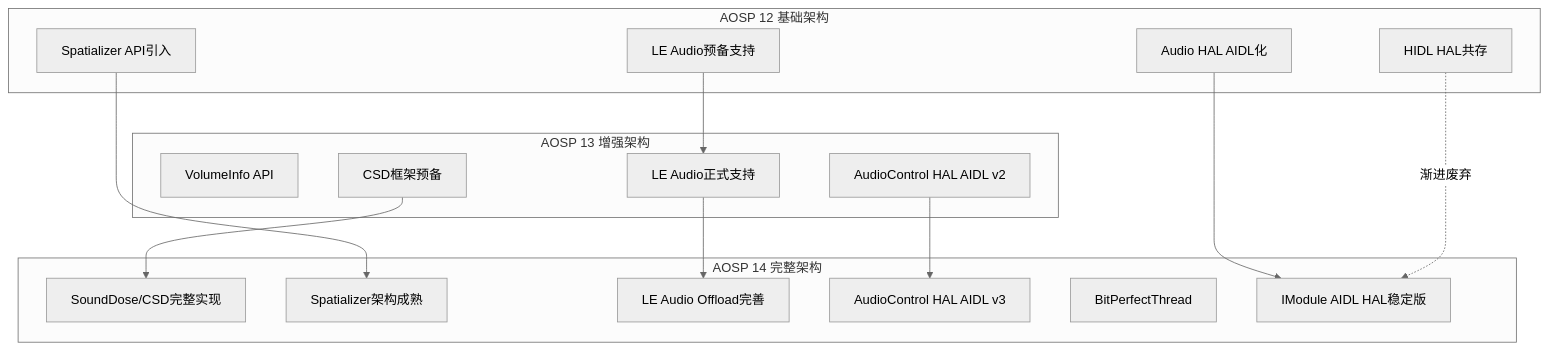
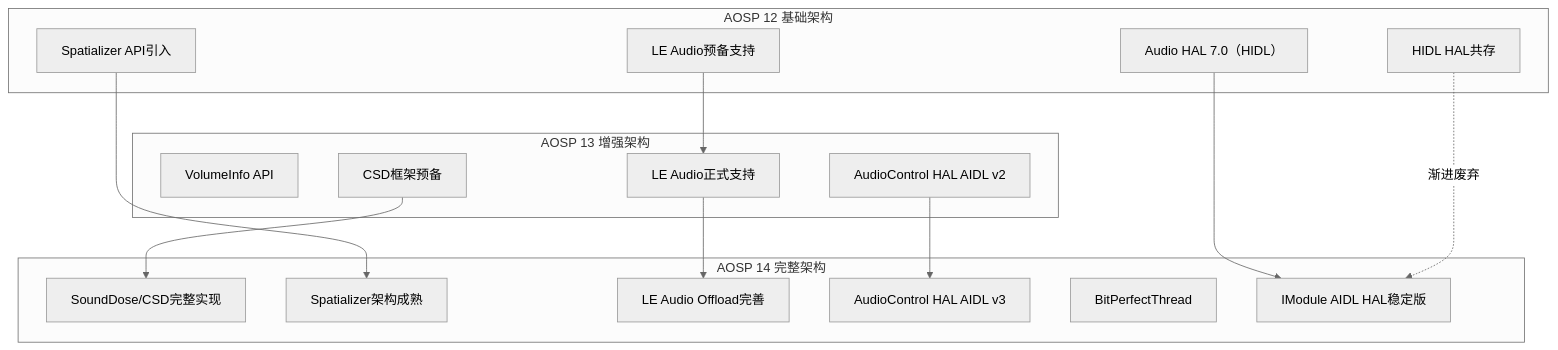
The diagram in 01_Architecture_Overview/01_1.7_AOSP14_Audio新特性架构演进.md (yanglinzhen1022/SA8295_AAOS_QNX_Audio_KnowledgeBase), drawn with Mermaid (neutral theme) before and after one commit. The commit also changed other lines of this file and 10 other files, not shown here.

````diff
--- a/01_Architecture_Overview/01_1.7_AOSP14_Audio新特性架构演进.md
+++ b/01_Architecture_Overview/01_1.7_AOSP14_Audio新特性架构演进.md
@@ -70,29 +72,29 @@
 ```mermaid
 flowchart TB
     subgraph A12["AOSP 12 基础架构"]
         A12_SP["Spatializer API引入"]
-        A12_AIDL["Audio HAL AIDL化"]
+        A12_AIDL["Audio HAL 7.0（HIDL）"]
         A12_LE["LE Audio预备支持"]
         A12_HIDL["HIDL HAL共存"]
     end
     subgraph A13["AOSP 13 增强架构"]
         A13_VI["VolumeInfo API"]
         A13_LE2["LE Audio正式支持"]
         A13_CSD["CSD框架预备"]
         A13_AC2["AudioControl HAL AIDL v2"]
     end
     subgraph A14["AOSP 14 完整架构"]
         A14_CSD2["SoundDose/CSD完整实现"]
         A14_SP2["Spatializer架构成熟"]
         A14_LE3["LE Audio Offload完善"]
         A14_AC3["AudioControl HAL AIDL v3"]
         A14_BP["BitPerfectThread"]
         A14_MOD["IModule AIDL HAL稳定版"]
     end
     A12_SP --> A14_SP2
     A12_AIDL --> A14_MOD
     A12_LE --> A13_LE2 --> A14_LE3
     A13_CSD --> A14_CSD2
     A13_AC2 --> A14_AC3
     A12_HIDL -.->|"渐进废弃"| A14_MOD
 ```
````
